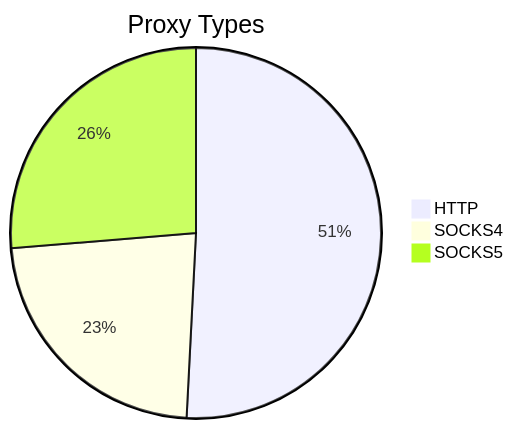
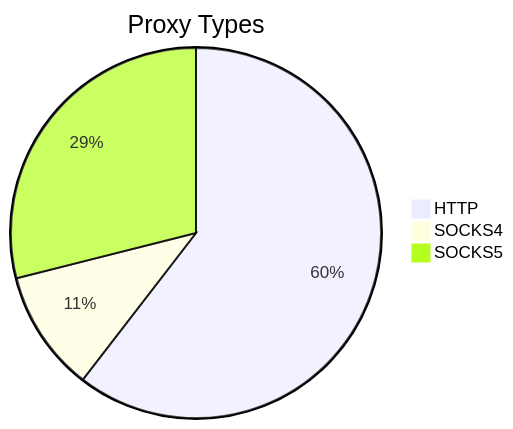
Before and after one commit to stormsia/proxy-list: the first of 2 diagrams in README.md, drawn with Mermaid. The commit also changed other lines of this file, not shown here.

````diff
--- a/README.md
+++ b/README.md
@@ -21,6 +21,6 @@
 ```mermaid
 pie title Proxy Types
-    "HTTP" : 251
-    "SOCKS4" : 113
-    "SOCKS5" : 130
+    "HTTP" : 211
+    "SOCKS4" : 37
+    "SOCKS5" : 101
 ```
````
